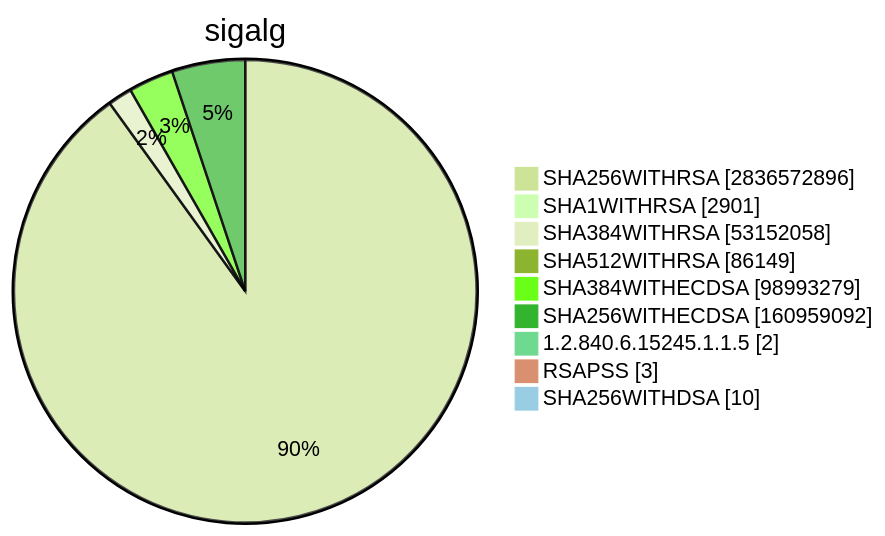
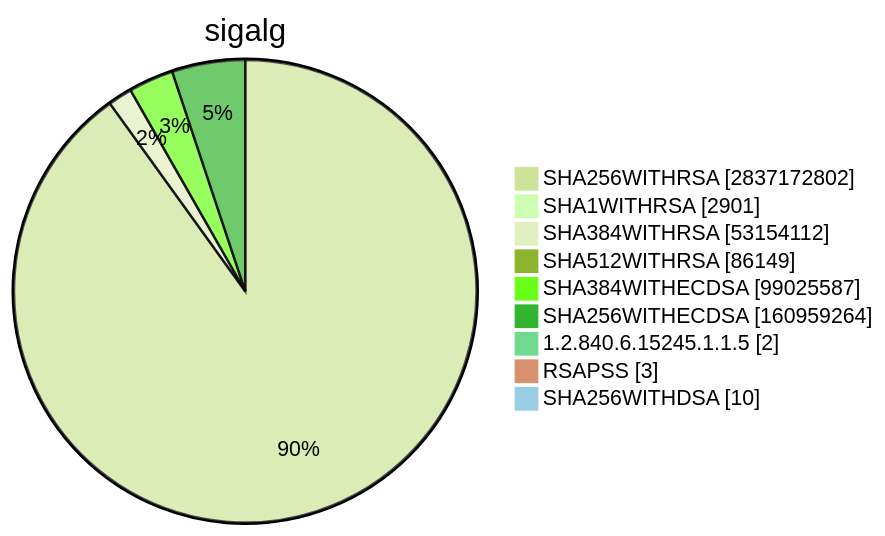
One commit to christiankrug/ctmonitor_visualization changed diagram 15 of 15 in TOTAL/README.md. Above: the diagram before and after it, drawn with Mermaid (forest theme). The commit also changed other lines of this file, not shown here.

````diff
--- a/TOTAL/README.md
+++ b/TOTAL/README.md
@@ -6207,13 +6207,13 @@
 ```mermaid
 pie showData
 title sigalg
-"SHA256WITHRSA" :2836572896
+"SHA256WITHRSA" :2837172802
 "SHA1WITHRSA" :2901
-"SHA384WITHRSA" :53152058
+"SHA384WITHRSA" :53154112
 "SHA512WITHRSA" :86149
-"SHA384WITHECDSA" :98993279
-"SHA256WITHECDSA" :160959092
+"SHA384WITHECDSA" :99025587
+"SHA256WITHECDSA" :160959264
 "1.2.840.6.15245.1.1.5" :2
 "RSAPSS" :3
 "SHA256WITHDSA" :10
 ```
````
